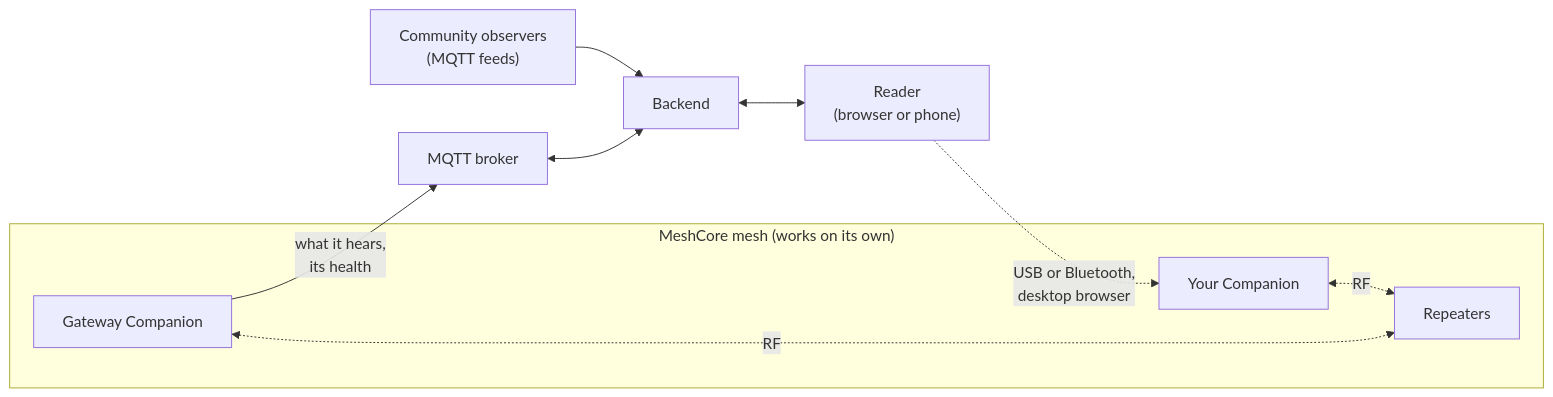
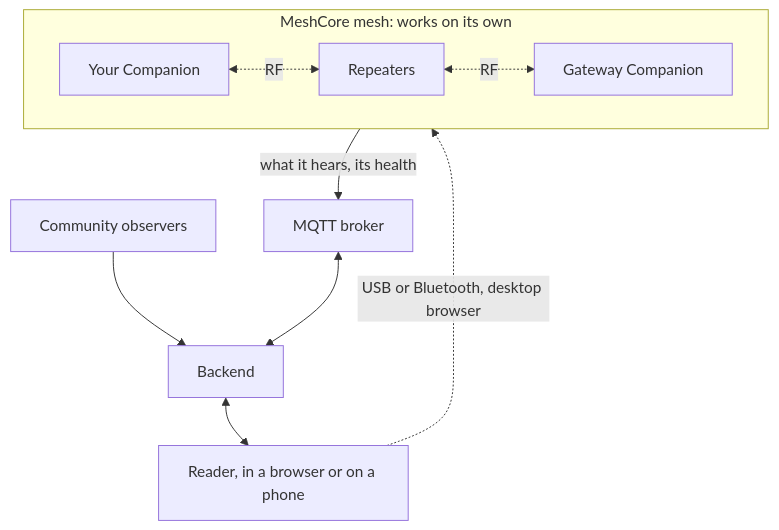
Before and after one commit to hoejriis/MeshContinuum: the diagram in docs/COMPONENTS.md, drawn with Mermaid.

Commit message:
Docs: components diagram top to bottom, without crossing edges (#15)
On github.com the left-to-right layout crossed its edges and shrank the
text. Top to bottom (mesh, broker and observers, Backend, Reader) reads
in the order the page explains it.

````diff
--- a/docs/COMPONENTS.md
+++ b/docs/COMPONENTS.md
@@ -5,19 +5,12 @@
 ```mermaid
-flowchart LR
-  subgraph RF["MeshCore mesh (works on its own)"]
-    C["Your Companion"]
-    G["Gateway Companion"]
-    R["Repeaters"]
+flowchart TB
+  subgraph RF["MeshCore mesh: works on its own"]
+    direction LR
+    C["Your Companion"] <-. RF .-> R["Repeaters"] <-. RF .-> G["Gateway Companion"]
   end
-  O["Community observers<br/>(MQTT feeds)"]
-  B["MQTT broker"]
-  BE["Backend"]
-  RD["Reader<br/>(browser or phone)"]
-  G -- "what it hears,<br/>its health" --> B
-  O --> BE
-  B <--> BE
-  BE <--> RD
-  RD -. "USB or Bluetooth,<br/>desktop browser" .-> C
-  C <-. RF .-> R
-  G <-. RF .-> R
+  G -- "what it hears, its health" --> B["MQTT broker"]
+  O["Community observers"] --> BE
+  B <--> BE["Backend"]
+  BE <--> RD["Reader, in a browser or on a phone"]
+  RD -. "USB or Bluetooth, desktop browser" .-> C
 ```
````
